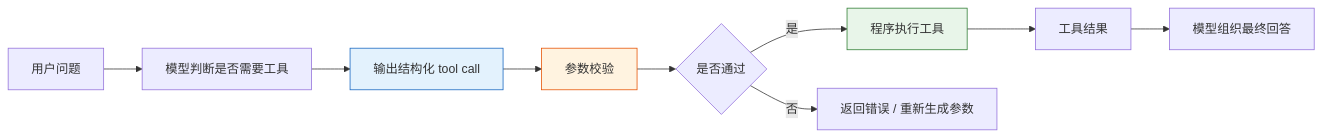
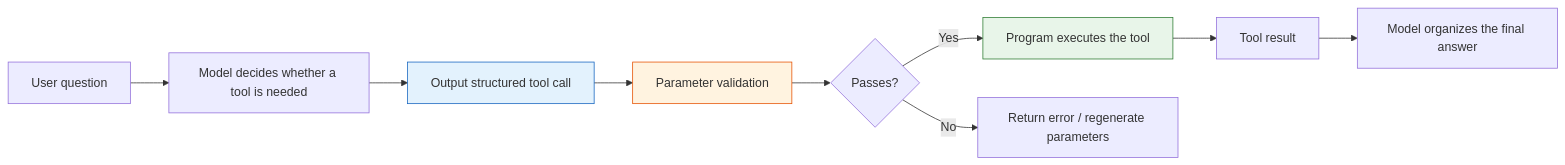
The diagram in docs/ch08-rag/ch03-app-dev/03-function-calling.md (oudbiao/AI-fullstack-course), drawn with Mermaid before and after one commit. The commit also changed other lines of this file and 1406 other files, not shown here.

````diff
--- a/docs/ch08-rag/ch03-app-dev/03-function-calling.md
+++ b/docs/ch08-rag/ch03-app-dev/03-function-calling.md
@@ -429,15 +429,15 @@
 ```mermaid
 flowchart LR
-    A["用户问题"] --> B["模型判断是否需要工具"]
-    B --> C["输出结构化 tool call"]
-    C --> D["参数校验"]
-    D --> E{"是否通过"}
-    E -- 是 --> F["程序执行工具"]
-    E -- 否 --> G["返回错误 / 重新生成参数"]
-    F --> H["工具结果"]
-    H --> I["模型组织最终回答"]
+    A["User question"] --> B["Model decides whether a tool is needed"]
+    B --> C["Output structured tool call"]
+    C --> D["Parameter validation"]
+    D --> E{"Passes?"}
+    E -- Yes --> F["Program executes the tool"]
+    E -- No --> G["Return error / regenerate parameters"]
+    F --> H["Tool result"]
+    H --> I["Model organizes the final answer"]
 
     style C fill:#e3f2fd,stroke:#1565c0,color:#333
     style D fill:#fff3e0,stroke:#e65100,color:#333
     style F fill:#e8f5e9,stroke:#2e7d32,color:#333
 ```
````
